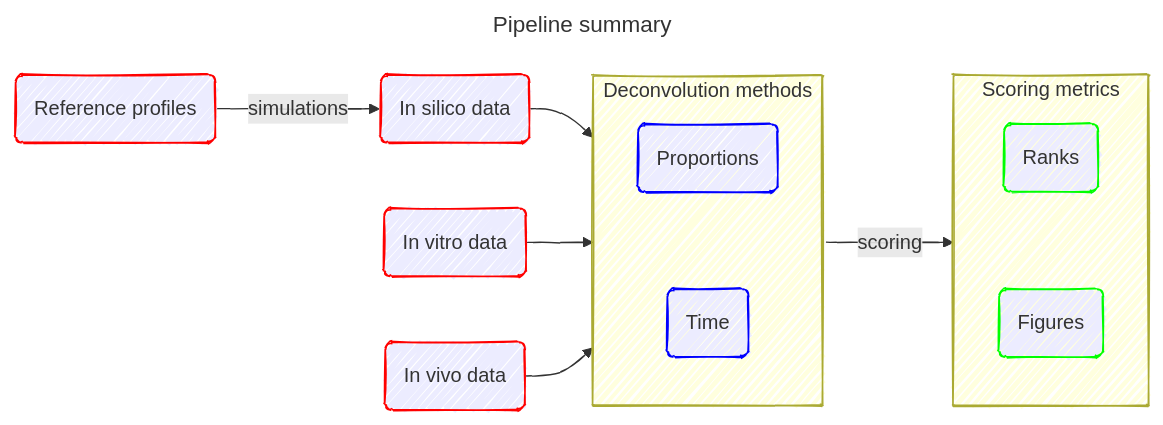
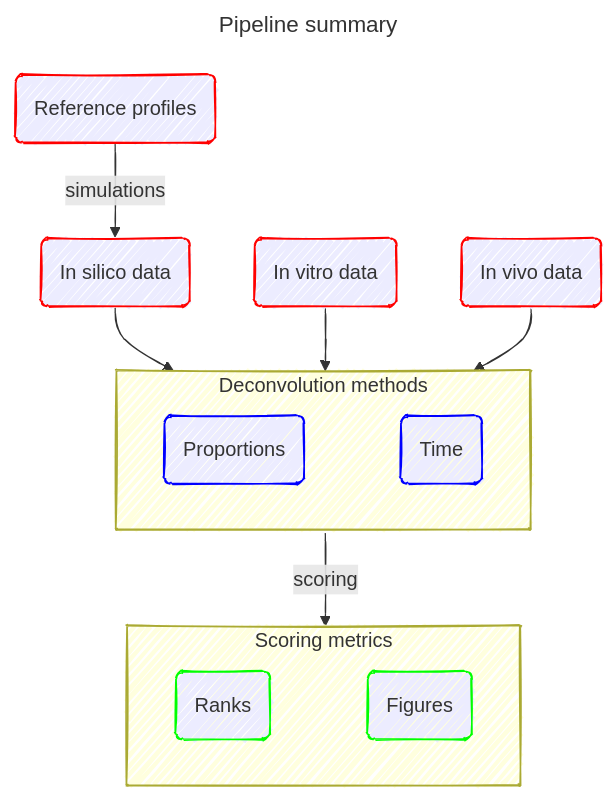
The diagram in README.md (bcm-uga/DeconvBenchmark), drawn with Mermaid before and after one commit.

````diff
--- a/README.md
+++ b/README.md
@@ -6,22 +6,24 @@
 ```mermaid
 ---
 title: Pipeline summary
 config:
   look: handDrawn
 ---
-flowchart LR
+flowchart TD
     a1("Reference profiles"):::red --"simulations"--> b1("In silico data"):::red
     subgraph Deconvolution["Deconvolution methods"]
+       direction LR
        c1("Proportions"):::blue ~~~ c2("Time"):::blue
     end
     b1 --> Deconvolution
     b2("In vitro data"):::red --> Deconvolution
     b3("In vivo data"):::red --> Deconvolution
     subgraph Scoring["Scoring metrics"]
+       direction LR
        d1("Ranks"):::green ~~~ d2("Figures"):::green
     end
     Deconvolution --"scoring"--> Scoring
     classDef red stroke:#f00
     classDef blue stroke:#00f
     classDef green stroke:#0f0
 ```
````
